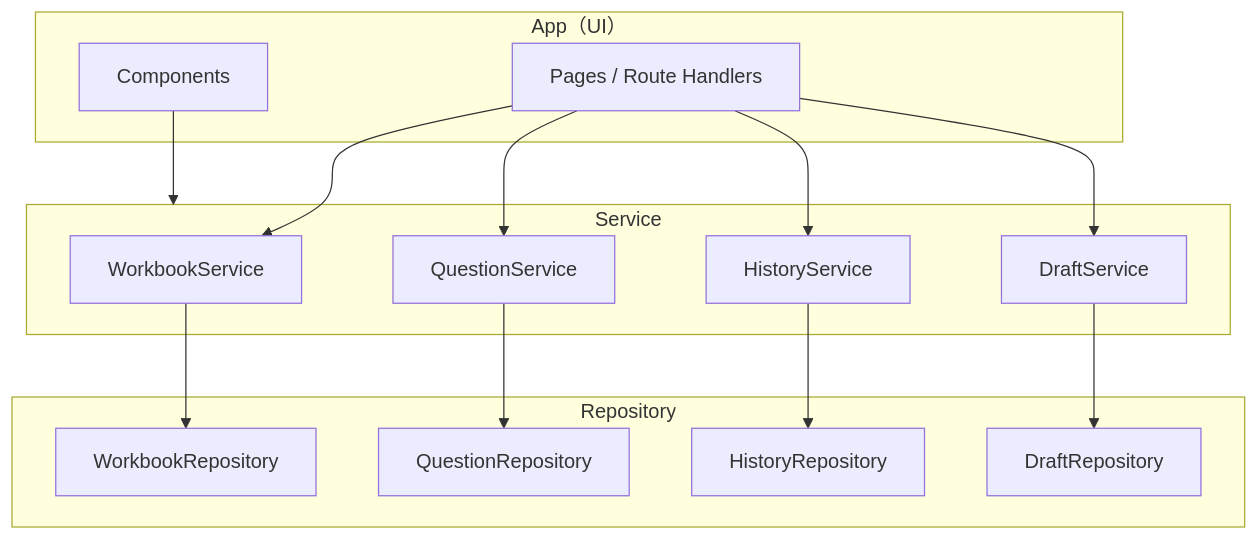
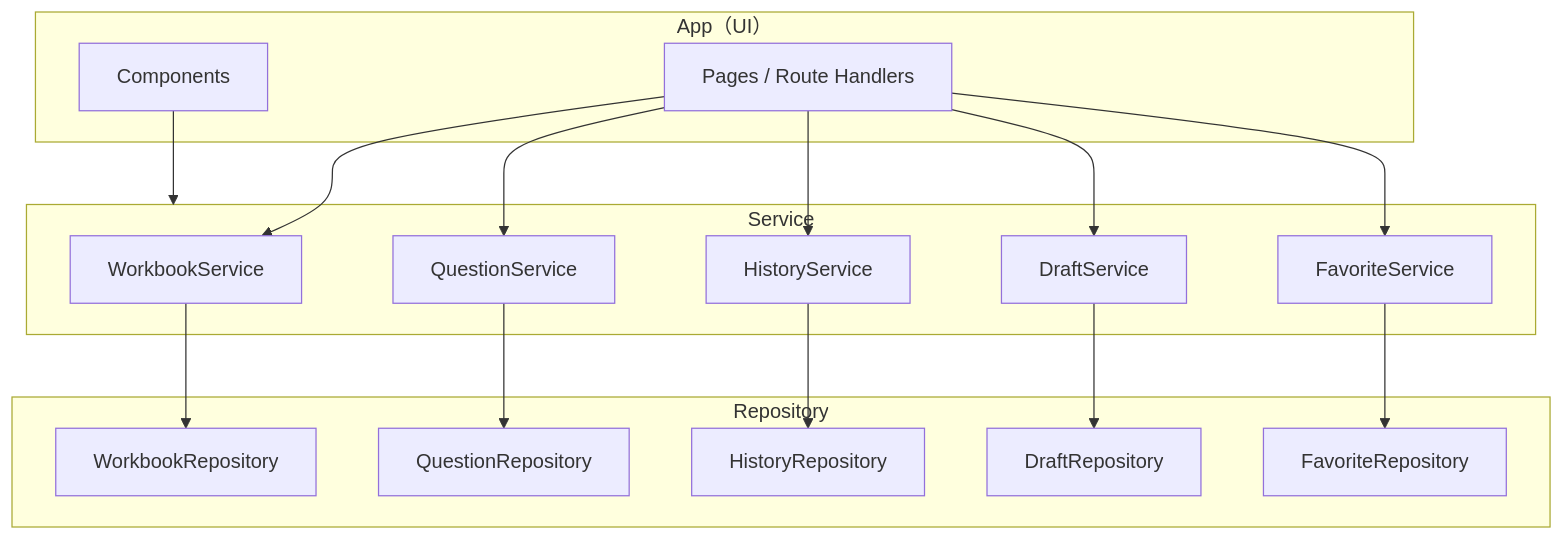
Before and after one commit to iizukah/py-value: the first of 2 diagrams in docs/01_specs/02_architecture/ARC-01_system_design.md, drawn with Mermaid. The commit also changed other lines of this file and 15 other files, not shown here.

````diff
--- a/docs/01_specs/02_architecture/ARC-01_system_design.md
+++ b/docs/01_specs/02_architecture/ARC-01_system_design.md
@@ -18,28 +19,32 @@
 ```mermaid
 flowchart TB
   subgraph App["App（UI）"]
     Pages["Pages / Route Handlers"]
     Components["Components"]
   end
   subgraph Service["Service"]
     WorkbookService["WorkbookService"]
     QuestionService["QuestionService"]
     HistoryService["HistoryService"]
     DraftService["DraftService"]
+    FavoriteService["FavoriteService"]
   end
   subgraph Repository["Repository"]
     WorkbookRepo["WorkbookRepository"]
     QuestionRepo["QuestionRepository"]
     HistoryRepo["HistoryRepository"]
     DraftRepo["DraftRepository"]
+    FavoriteRepo["FavoriteRepository"]
   end
   Pages --> WorkbookService
   Pages --> QuestionService
   Pages --> HistoryService
   Pages --> DraftService
+  Pages --> FavoriteService
   Components --> Service
   WorkbookService --> WorkbookRepo
   QuestionService --> QuestionRepo
   HistoryService --> HistoryRepo
   DraftService --> DraftRepo
+  FavoriteService --> FavoriteRepo
 ```
````
